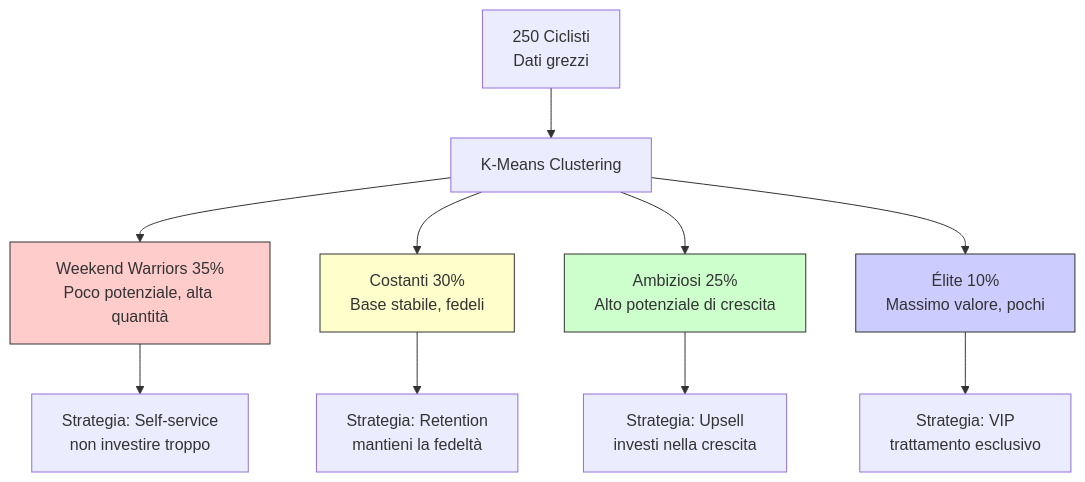
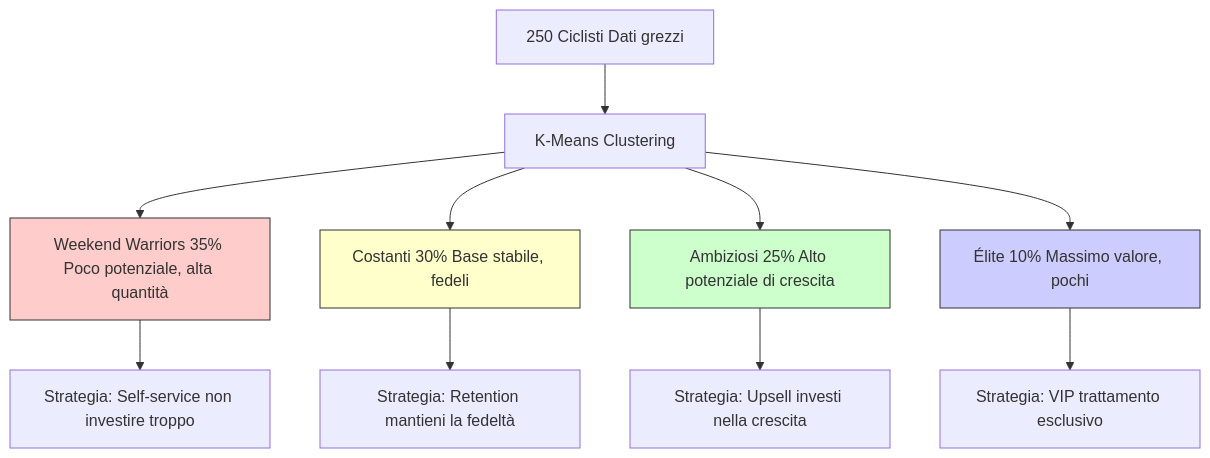
One commit to AndreyBertasini/gynnitech changed the first of 2 diagrams in src/content/blog/dati-sport-ciclismo.mdx. Above: the diagram before and after it, drawn with Mermaid. The commit also changed other lines of this file and 11 other files, not shown here.

First line of the commit message:
fix(blog): fix mermaid syntax errors for v11.12.2 compatibility

````diff
--- a/src/content/blog/dati-sport-ciclismo.mdx
+++ b/src/content/blog/dati-sport-ciclismo.mdx
@@ -66,18 +66,18 @@
 ```mermaid
 graph TD
-    A[250 Ciclisti<br>Dati grezzi] --> B[K-Means Clustering]
-    B --> C["Weekend Warriors 35%<br>Poco potenziale, alta quantità"]
-    B --> D["Costanti 30%<br>Base stabile, fedeli"]
-    B --> E["Ambiziosi 25%<br>Alto potenziale di crescita"]
-    B --> F["Élite 10%<br>Massimo valore, pochi"]
+    A[250 Ciclisti Dati grezzi] --> B[K-Means Clustering]
+    B --> C["Weekend Warriors 35% Poco potenziale, alta quantità"]
+    B --> D["Costanti 30% Base stabile, fedeli"]
+    B --> E["Ambiziosi 25% Alto potenziale di crescita"]
+    B --> F["Élite 10% Massimo valore, pochi"]
     
-    C --> G["Strategia: Self-service<br>non investire troppo"]
-    D --> H["Strategia: Retention<br>mantieni la fedeltà"]
-    E --> I["Strategia: Upsell<br>investi nella crescita"]
-    F --> J["Strategia: VIP<br>trattamento esclusivo"]
+    C --> G["Strategia: Self-service non investire troppo"]
+    D --> H["Strategia: Retention mantieni la fedeltà"]
+    E --> I["Strategia: Upsell investi nella crescita"]
+    F --> J["Strategia: VIP trattamento esclusivo"]
     
     style C fill:#ffcccc,stroke:#333
     style D fill:#ffffcc,stroke:#333
     style E fill:#ccffcc,stroke:#333
     style F fill:#ccccff,stroke:#333
 ```
````
